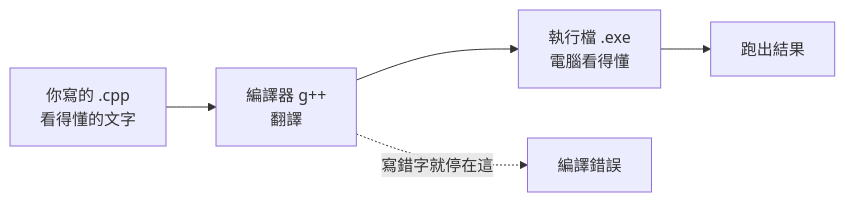
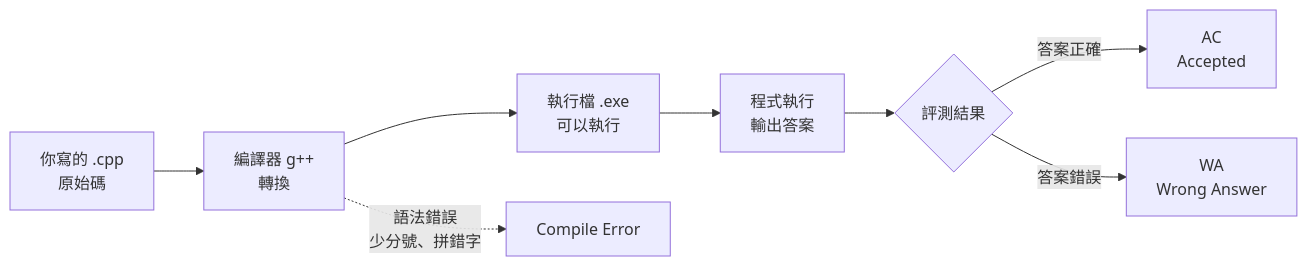
The first of 4 diagrams in slides/apcs-day1-hello/slides.md (itousouta15/itouSlides), drawn with Mermaid before and after one commit. The commit also changed other lines of this file and 1 other file, not shown here.

````diff
--- a/slides/apcs-day1-hello/slides.md
+++ b/slides/apcs-day1-hello/slides.md
@@ -127,7 +173,11 @@
 ```mermaid
 flowchart LR
-  A["你寫的 .cpp<br/>看得懂的文字"] --> B["編譯器 g++<br/>翻譯"]
-  B --> C["執行檔 .exe<br/>電腦看得懂"]
-  C --> D["跑出結果"]
-  B -.->|"寫錯字就停在這"| E["編譯錯誤"]
+  A["你寫的 .cpp<br/>原始碼"] --> B["編譯器 g++<br/>轉換"]
+  B --> C["執行檔 .exe<br/>可以執行"]
+  C --> D["程式執行<br/>輸出答案"]
+  D --> E{"評測結果"}
+
+  B -.->|"語法錯誤<br/>少分號、拼錯字"| F["Compile Error"]
+  E -->|"答案正確"| G["AC<br/>Accepted"]
+  E -->|"答案錯誤"| H["WA<br/>Wrong Answer"]
 ```
````
